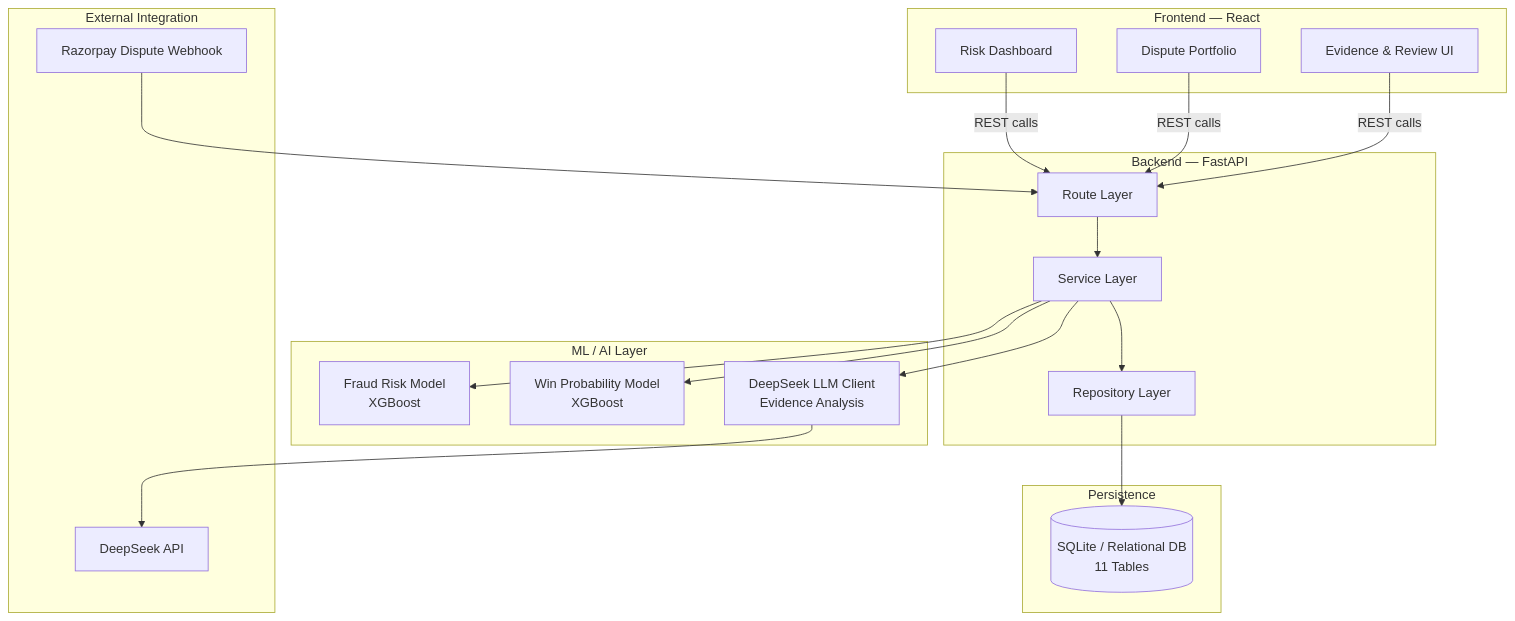
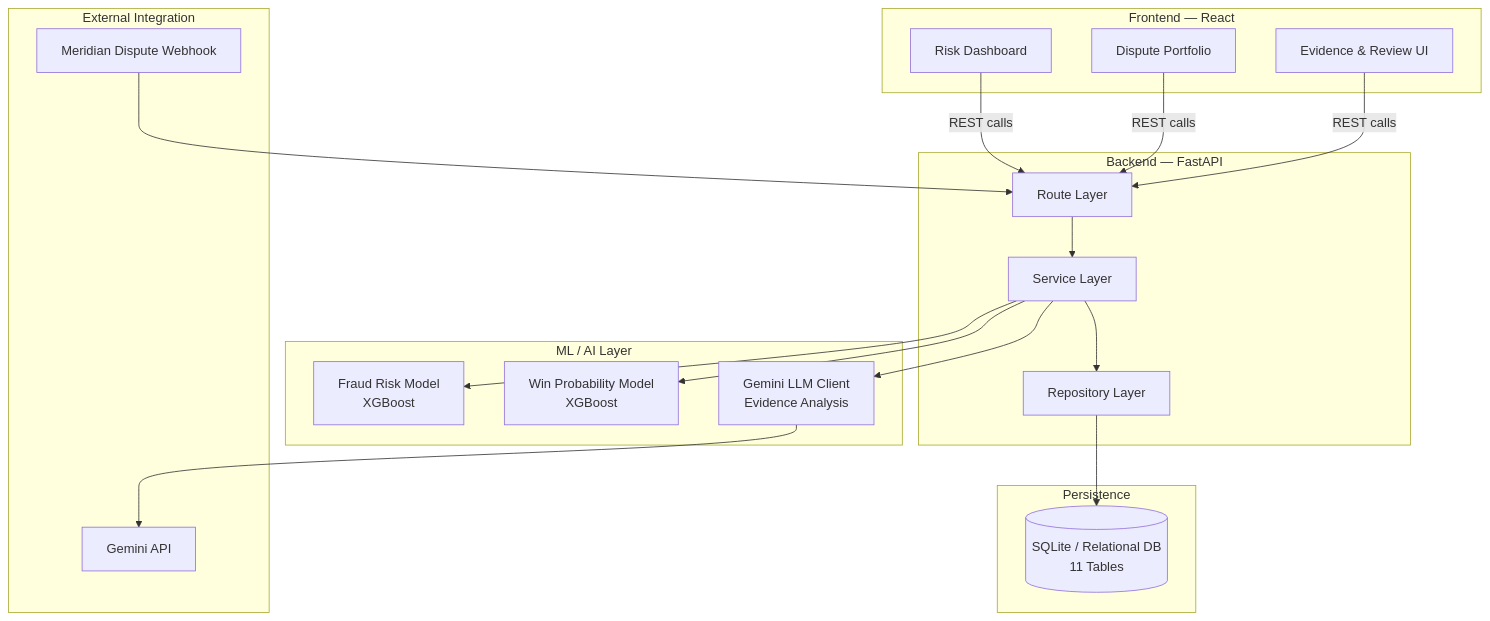
One commit to KrishnaGaur12/Meridian changed the first of 3 diagrams in Readme.md. Above: the diagram before and after it, drawn with Mermaid. The commit also changed other lines of this file and 66 other files, not shown here.

````diff
--- a/Readme.md
+++ b/Readme.md
@@ -207,41 +206,41 @@
 ```mermaid
 flowchart TD
     subgraph Client["Frontend — React"]
         UI1[Risk Dashboard]
         UI2[Dispute Portfolio]
         UI3[Evidence & Review UI]
     end
 
     subgraph Server["Backend — FastAPI"]
         R[Route Layer]
         S[Service Layer]
         REPO[Repository Layer]
     end
 
     subgraph Data["Persistence"]
         DB[(SQLite / Relational DB\n11 Tables)]
     end
 
     subgraph Intelligence["ML / AI Layer"]
         FM[Fraud Risk Model\nXGBoost]
         WM[Win Probability Model\nXGBoost]
-        DS[DeepSeek LLM Client\nEvidence Analysis]
+        DS[Gemini LLM Client\nEvidence Analysis]
     end
 
     subgraph External["External Integration"]
-        RW[Razorpay Dispute Webhook]
-        DSAPI[DeepSeek API]
+        RW[Meridian Dispute Webhook]
+        DSAPI[Gemini API]
     end
 
     UI1 -->|REST calls| R
     UI2 -->|REST calls| R
     UI3 -->|REST calls| R
     R --> S
     S --> REPO
     REPO --> DB
     S --> FM
     S --> WM
     S --> DS
     DS --> DSAPI
     RW --> R
 ```
````
